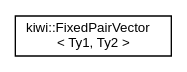
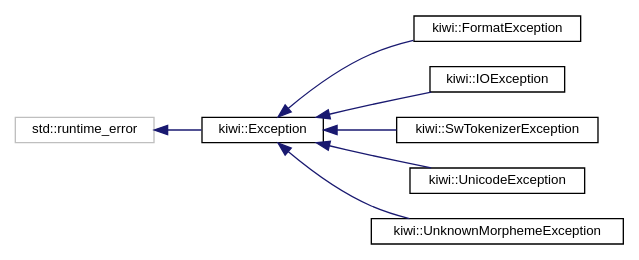
Before and after one commit to bab2min/Kiwi: the diagram in inherit_graph_16.dot, drawn with Graphviz. The commit also changed 205 other files, not shown here.

```diff
--- a/inherit_graph_16.dot
+++ b/inherit_graph_16.dot
@@ -1,8 +1,20 @@
 digraph "Graphical Class Hierarchy"
 {
  // LATEX_PDF_SIZE
   edge [fontname="Helvetica",fontsize="10",labelfontname="Helvetica",labelfontsize="10"];
   node [fontname="Helvetica",fontsize="10",shape=record];
   rankdir="LR";
-  Node0 [label="kiwi::FixedPairVector\l\< Ty1, Ty2 \>",height=0.2,width=0.4,color="black", fillcolor="white", style="filled",URL="$classkiwi_1_1FixedPairVector.html",tooltip=" "];
+  Node93 [label="std::runtime_error",height=0.2,width=0.4,color="grey75", fillcolor="white", style="filled",tooltip=" "];
+  Node93 -> Node0 [dir="back",color="midnightblue",fontsize="10",style="solid",fontname="Helvetica"];
+  Node0 [label="kiwi::Exception",height=0.2,width=0.4,color="black", fillcolor="white", style="filled",URL="$classkiwi_1_1Exception.html",tooltip=" "];
+  Node0 -> Node1 [dir="back",color="midnightblue",fontsize="10",style="solid",fontname="Helvetica"];
+  Node1 [label="kiwi::FormatException",height=0.2,width=0.4,color="black", fillcolor="white", style="filled",URL="$classkiwi_1_1FormatException.html",tooltip=" "];
+  Node0 -> Node2 [dir="back",color="midnightblue",fontsize="10",style="solid",fontname="Helvetica"];
+  Node2 [label="kiwi::IOException",height=0.2,width=0.4,color="black", fillcolor="white", style="filled",URL="$classkiwi_1_1IOException.html",tooltip=" "];
+  Node0 -> Node3 [dir="back",color="midnightblue",fontsize="10",style="solid",fontname="Helvetica"];
+  Node3 [label="kiwi::SwTokenizerException",height=0.2,width=0.4,color="black", fillcolor="white", style="filled",URL="$classkiwi_1_1SwTokenizerException.html",tooltip=" "];
+  Node0 -> Node4 [dir="back",color="midnightblue",fontsize="10",style="solid",fontname="Helvetica"];
+  Node4 [label="kiwi::UnicodeException",height=0.2,width=0.4,color="black", fillcolor="white", style="filled",URL="$classkiwi_1_1UnicodeException.html",tooltip=" "];
+  Node0 -> Node5 [dir="back",color="midnightblue",fontsize="10",style="solid",fontname="Helvetica"];
+  Node5 [label="kiwi::UnknownMorphemeException",height=0.2,width=0.4,color="black", fillcolor="white", style="filled",URL="$classkiwi_1_1UnknownMorphemeException.html",tooltip=" "];
 }
```
